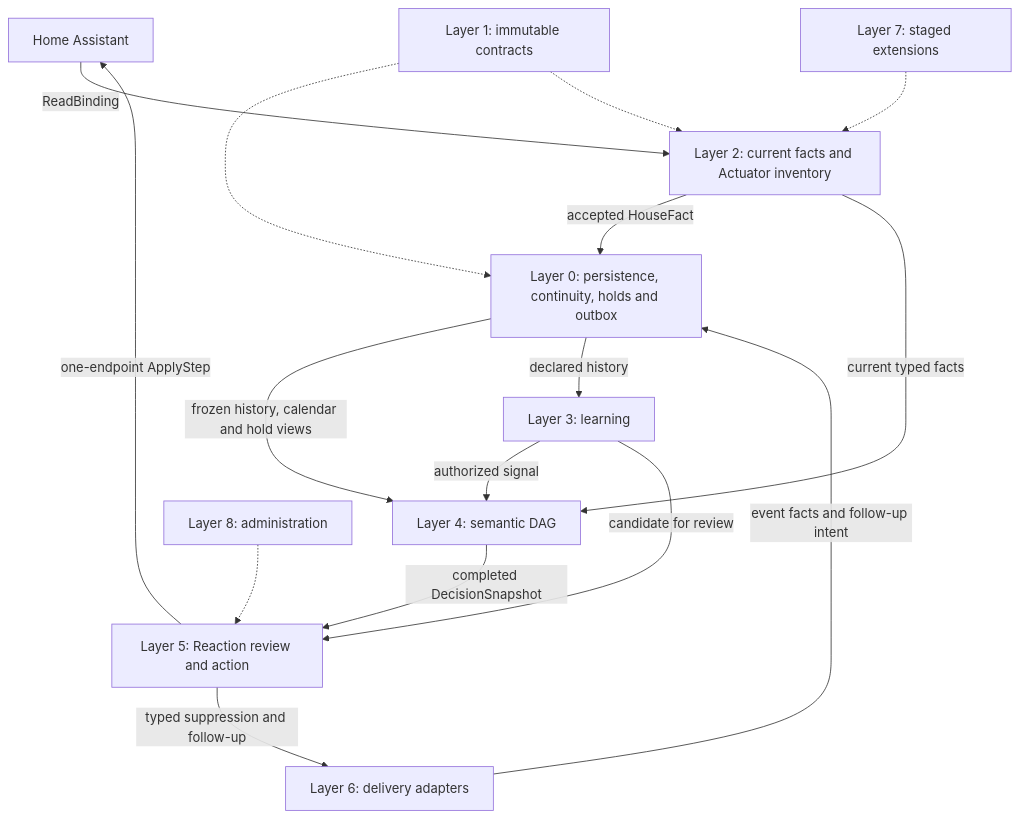
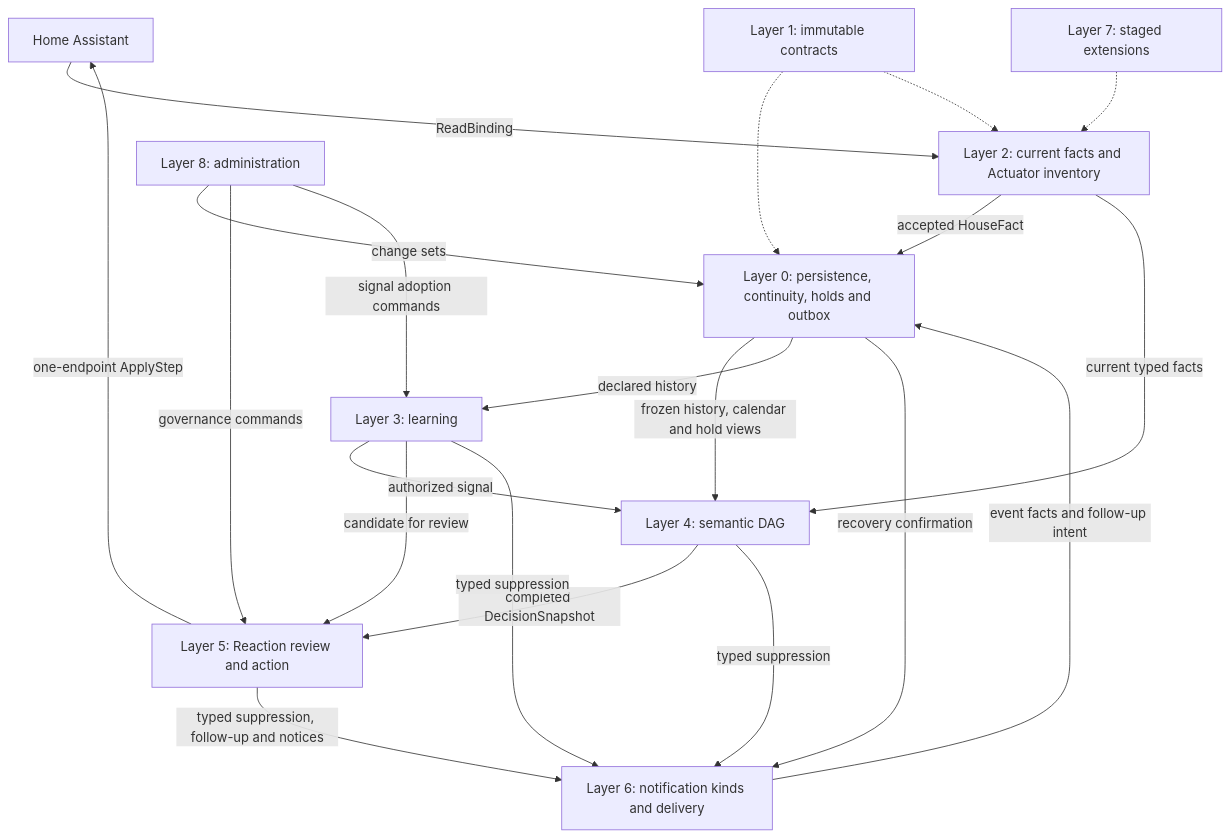
One commit to heima-labs/ha-heima-core changed the diagram in docs/v3_architecture_recap.md. Above: the diagram before and after it, drawn with Mermaid. The commit also changed other lines of this file and 10 other files, not shown here.

````diff
--- a/docs/v3_architecture_recap.md
+++ b/docs/v3_architecture_recap.md
@@ -46,18 +46,23 @@
 ```mermaid
 flowchart TB
     HA[Home Assistant] -->|ReadBinding| L2[Layer 2: current facts and Actuator inventory]
     L2 -->|accepted HouseFact| L0[Layer 0: persistence, continuity, holds and outbox]
     L2 -->|current typed facts| L4[Layer 4: semantic DAG]
     L0 -->|frozen history, calendar and hold views| L4
     L0 -->|declared history| L3[Layer 3: learning]
     L3 -->|authorized signal| L4
     L3 -->|candidate for review| L5[Layer 5: Reaction review and action]
     L4 -->|completed DecisionSnapshot| L5
     L5 -->|one-endpoint ApplyStep| HA
-    L5 -->|typed suppression and follow-up| L6[Layer 6: delivery adapters]
+    L3 -->|typed suppression| L6[Layer 6: notification kinds and delivery]
+    L4 -->|typed suppression| L6
+    L5 -->|typed suppression, follow-up and notices| L6
+    L0 -->|recovery confirmation| L6
     L6 -->|event facts and follow-up intent| L0
     L1[Layer 1: immutable contracts] -.-> L0
     L1 -.-> L2
     L7[Layer 7: staged extensions] -.-> L2
-    L8[Layer 8: administration] -.-> L5
+    L8[Layer 8: administration] -->|change sets| L0
+    L8 -->|governance commands| L5
+    L8 -->|signal adoption commands| L3
 ```
````
